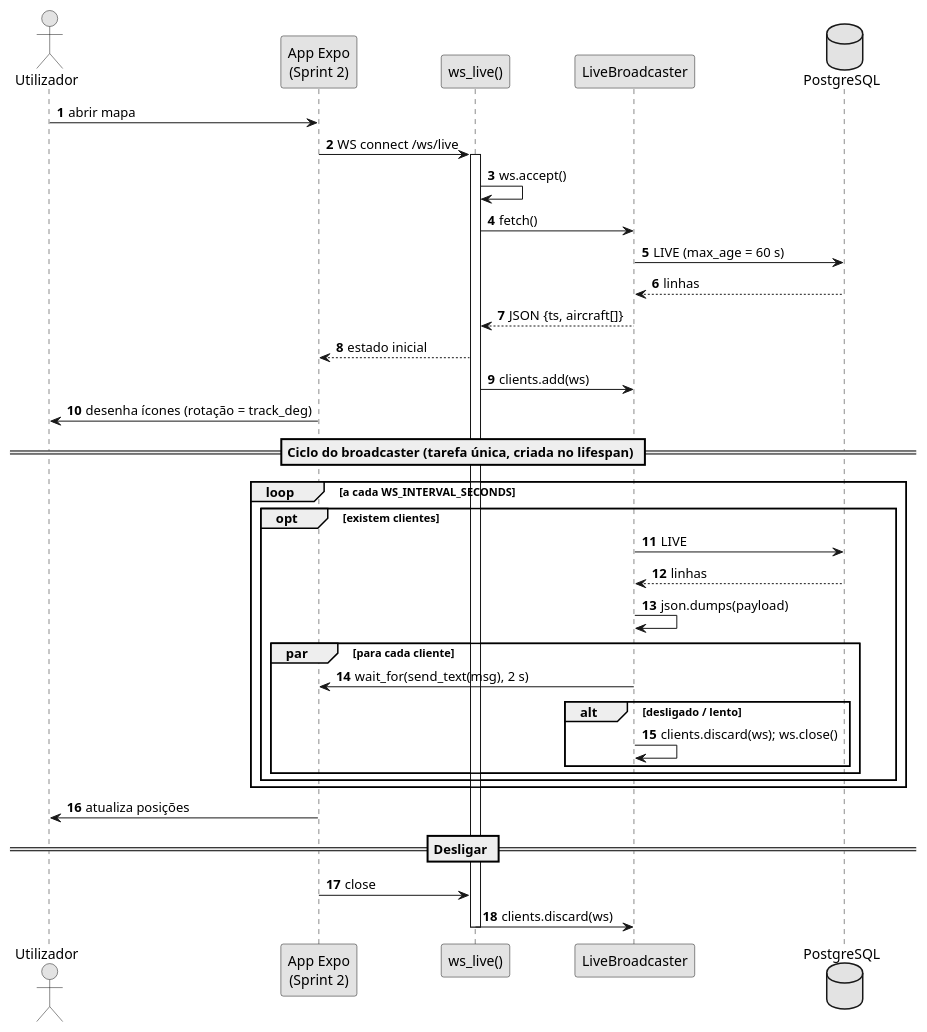
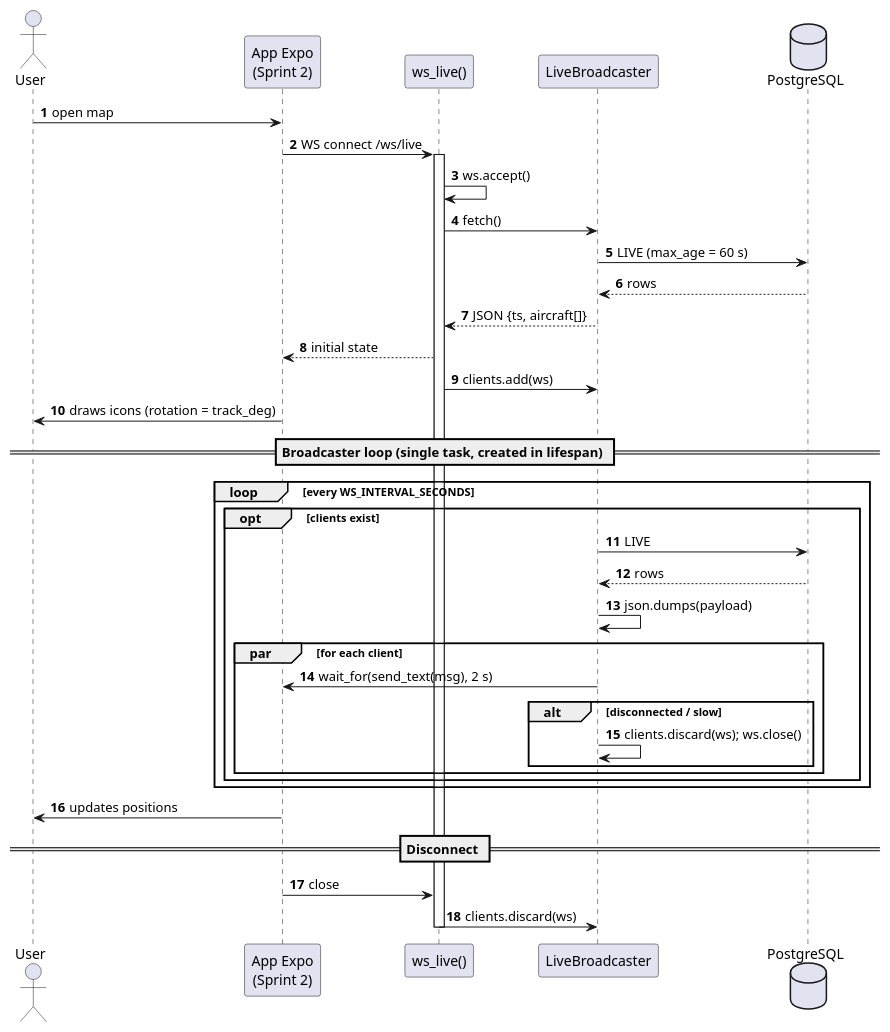
One commit to miguelsiilva1/SkyTracer changed the diagram in docs/system-documentation/use-cases/US06/puml/sd_us06.puml. Above: the diagram before and after it, drawn with PlantUML. The commit also changed 42 other files, not shown here.

```diff
--- a/docs/system-documentation/use-cases/US06/puml/sd_us06.puml
+++ b/docs/system-documentation/use-cases/US06/puml/sd_us06.puml
@@ -1,42 +1,41 @@
 @startuml
 autonumber
-skinparam monochrome true
-actor "Utilizador" as U
+actor "User" as U
 participant "App Expo\n(Sprint 2)" as App
 participant "ws_live()" as WS
 participant "LiveBroadcaster" as B
 database "PostgreSQL" as DB
 
-U -> App : abrir mapa
+U -> App : open map
 App -> WS : WS connect /ws/live
 activate WS
 WS -> WS : ws.accept()
 WS -> B : fetch()
 B -> DB : LIVE (max_age = 60 s)
-DB --> B : linhas
+DB --> B : rows
 B --> WS : JSON {ts, aircraft[]}
-WS --> App : estado inicial
+WS --> App : initial state
 WS -> B : clients.add(ws)
-App -> U : desenha ícones (rotação = track_deg)
+App -> U : draws icons (rotation = track_deg)
 
-== Ciclo do broadcaster (tarefa única, criada no lifespan) ==
-loop a cada WS_INTERVAL_SECONDS
-  opt existem clientes
+== Broadcaster loop (single task, created in lifespan) ==
+loop every WS_INTERVAL_SECONDS
+  opt clients exist
     B -> DB : LIVE
-    DB --> B : linhas
+    DB --> B : rows
     B -> B : json.dumps(payload)
-    par para cada cliente
+    par for each client
       B -> App : wait_for(send_text(msg), 2 s)
-      alt desligado / lento
+      alt disconnected / slow
         B -> B : clients.discard(ws); ws.close()
       end
     end
   end
 end
-App -> U : atualiza posições
+App -> U : updates positions
 
-== Desligar ==
+== Disconnect ==
 App -> WS : close
 WS -> B : clients.discard(ws)
 deactivate WS
 @enduml
```
